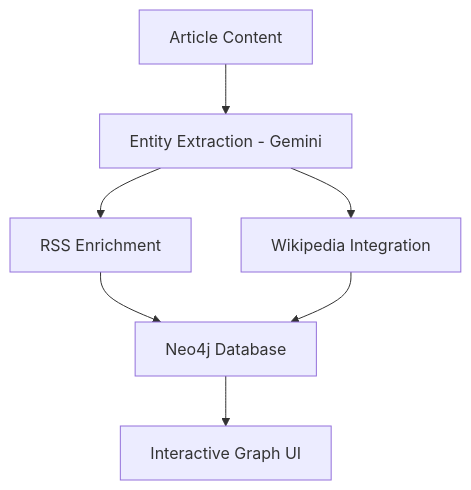
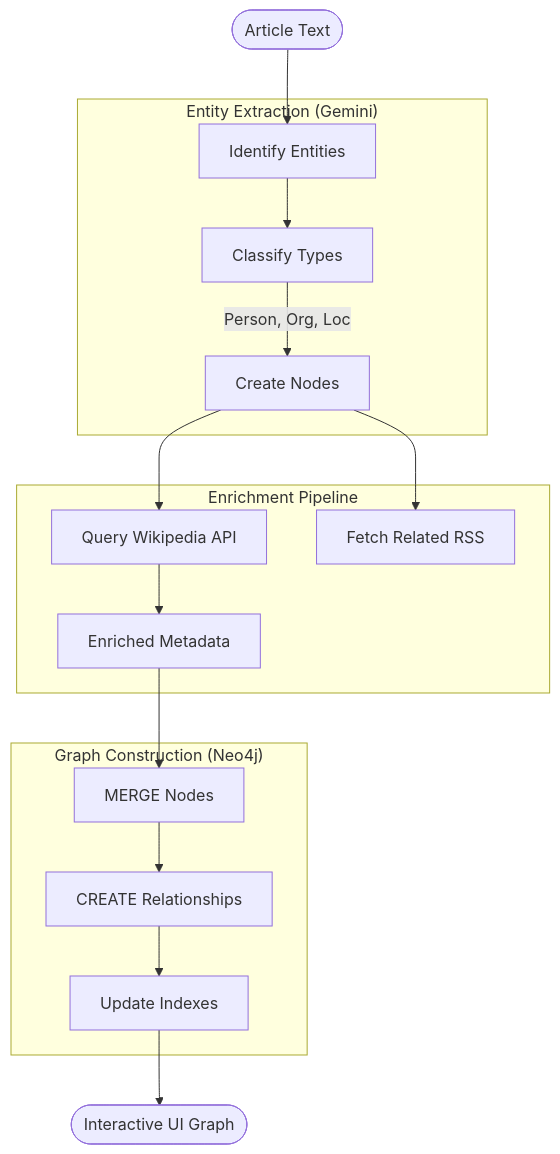
Before and after one commit to aksharabhaskar/NewsApp: the third of 5 diagrams in README.md, drawn with Mermaid. The commit also changed other lines of this file, not shown here.

Commit message:
Add elaborate system architecture and detailed flow diagrams

````diff
--- a/README.md
+++ b/README.md
@@ -31,9 +105,23 @@
 ```mermaid
 graph TD
-    A[Article Content] --> B[Entity Extraction - Gemini]
-    B --> C[RSS Enrichment]
-    B --> D[Wikipedia Integration]
-    C --> E[Neo4j Database]
-    D --> E
-    E --> F[Interactive Graph UI]
+    Input([Article Text]) --> Extraction
+    
+    subgraph "Entity Extraction (Gemini)"
+        Extraction[Identify Entities] --> Classify[Classify Types]
+        Classify -->|Person, Org, Loc| Nodes[Create Nodes]
+    end
+    
+    subgraph "Enrichment Pipeline"
+        Nodes --> Wiki[Query Wikipedia API]
+        Nodes --> RSS[Fetch Related RSS]
+        Wiki --> EnrichedNodes[Enriched Metadata]
+    end
+    
+    subgraph "Graph Construction (Neo4j)"
+        EnrichedNodes --> MergeNodes[MERGE Nodes]
+        MergeNodes --> CreateRel[CREATE Relationships]
+        CreateRel --> Index[Update Indexes]
+    end
+    
+    Index --> Visualization([Interactive UI Graph])
 ```
````
